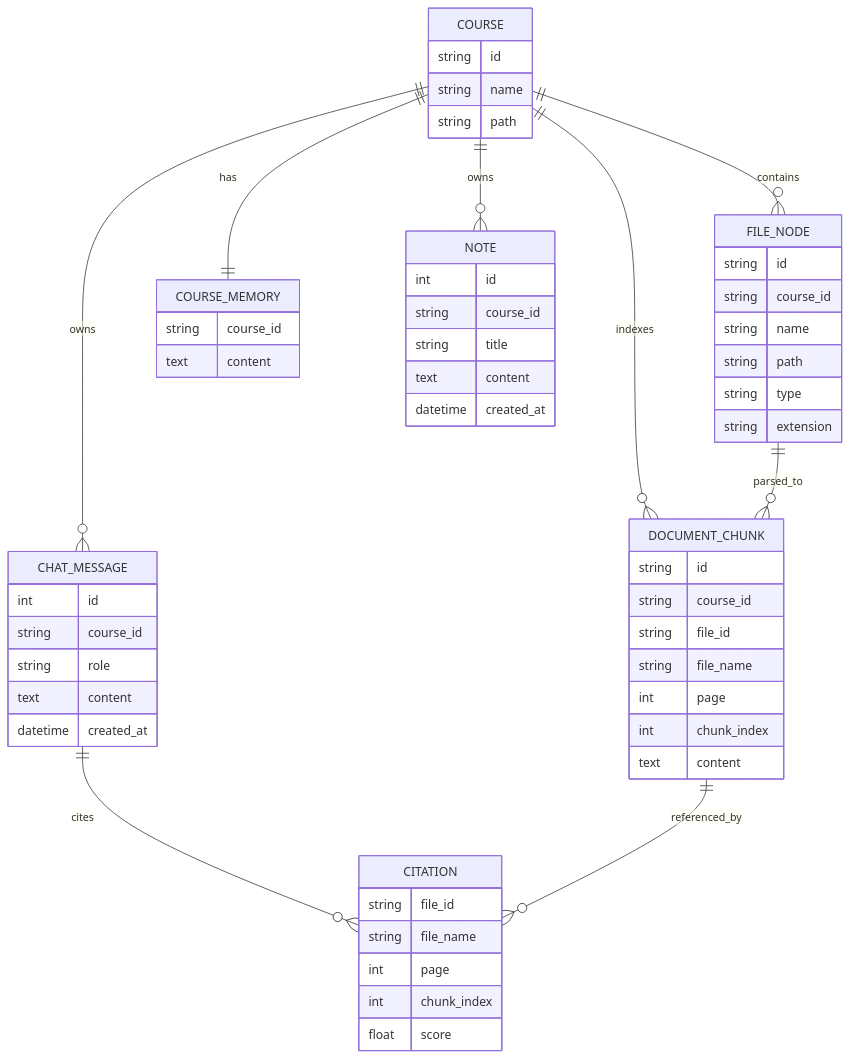
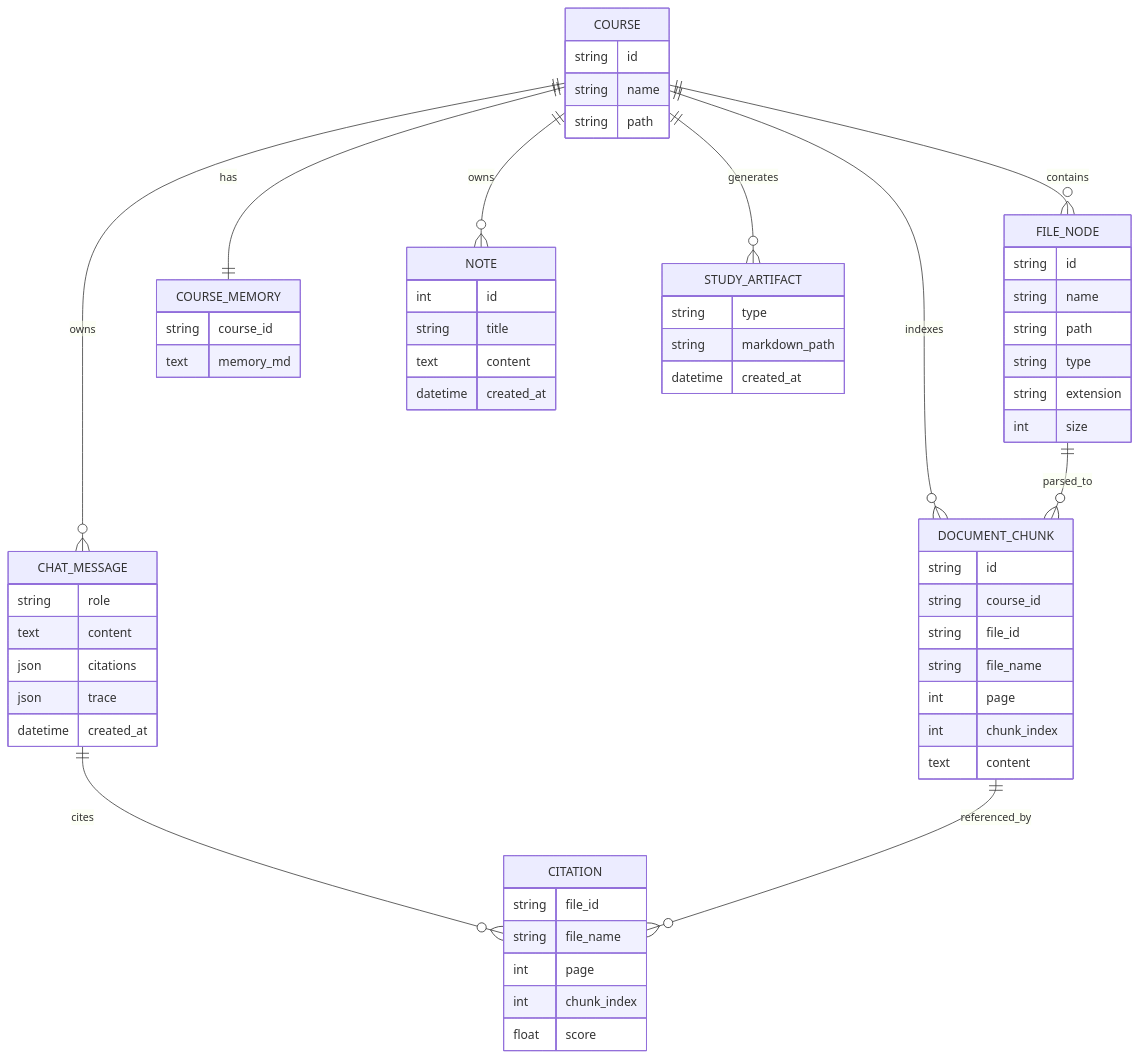
Before and after one commit to LuMH1027/ai-learn-assistant: the fourth of 8 diagrams in docs/系统设计.md, drawn with Mermaid. The commit also changed other lines of this file and 14 other files, not shown here.

````diff
--- a/docs/系统设计.md
+++ b/docs/系统设计.md
@@ -80,65 +90,64 @@
 ```mermaid
 erDiagram
     COURSE ||--o{ FILE_NODE : contains
     COURSE ||--o{ DOCUMENT_CHUNK : indexes
     COURSE ||--o{ CHAT_MESSAGE : owns
     COURSE ||--|| COURSE_MEMORY : has
     COURSE ||--o{ NOTE : owns
+    COURSE ||--o{ STUDY_ARTIFACT : generates
     FILE_NODE ||--o{ DOCUMENT_CHUNK : parsed_to
     CHAT_MESSAGE ||--o{ CITATION : cites
     DOCUMENT_CHUNK ||--o{ CITATION : referenced_by
 
     COURSE {
         string id
         string name
         string path
     }
-
     FILE_NODE {
         string id
-        string course_id
         string name
         string path
         string type
         string extension
+        int size
     }
-
     DOCUMENT_CHUNK {
         string id
         string course_id
         string file_id
         string file_name
         int page
         int chunk_index
         text content
     }
-
     CHAT_MESSAGE {
-        int id
-        string course_id
         string role
         text content
+        json citations
+        json trace
         datetime created_at
     }
-
     CITATION {
         string file_id
         string file_name
         int page
         int chunk_index
         float score
     }
-
     COURSE_MEMORY {
         string course_id
-        text content
+        text memory_md
     }
-
     NOTE {
         int id
-        string course_id
         string title
         text content
         datetime created_at
     }
+    STUDY_ARTIFACT {
+        string type
+        string markdown_path
+        datetime created_at
+    }
 ```
````
